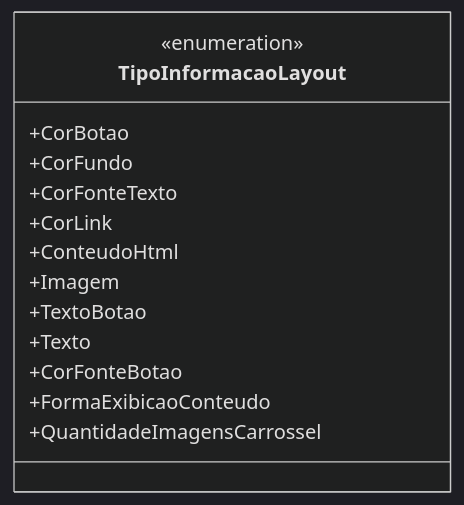
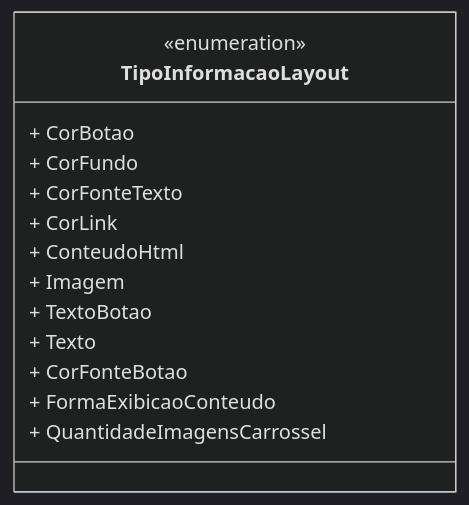
The diagram in docs/b2b-dominio/IsthmusWinthor.Nucleo/IsthmusWinthor.Dominio/Enumeradores/TipoInformacaoLayout.md (IsthmusSistemas/documentacao-tecnica), drawn with Mermaid (dark theme) before and after one commit. The commit also changed other lines of this file and 882 other files, not shown here.

````diff
--- a/docs/b2b-dominio/IsthmusWinthor.Nucleo/IsthmusWinthor.Dominio/Enumeradores/TipoInformacaoLayout.md
+++ b/docs/b2b-dominio/IsthmusWinthor.Nucleo/IsthmusWinthor.Dominio/Enumeradores/TipoInformacaoLayout.md
@@ -11,17 +12,17 @@
 ```mermaid
 classDiagram
     class TipoInformacaoLayout {
         <<enumeration>>
-        +CorBotao
-        +CorFundo
-        +CorFonteTexto
-        +CorLink
-        +ConteudoHtml
-        +Imagem
-        +TextoBotao
-        +Texto
-        +CorFonteBotao
-        +FormaExibicaoConteudo
-        +QuantidadeImagensCarrossel
+        + CorBotao
+        + CorFundo
+        + CorFonteTexto
+        + CorLink
+        + ConteudoHtml
+        + Imagem
+        + TextoBotao
+        + Texto
+        + CorFonteBotao
+        + FormaExibicaoConteudo
+        + QuantidadeImagensCarrossel
     }
 ```
````
